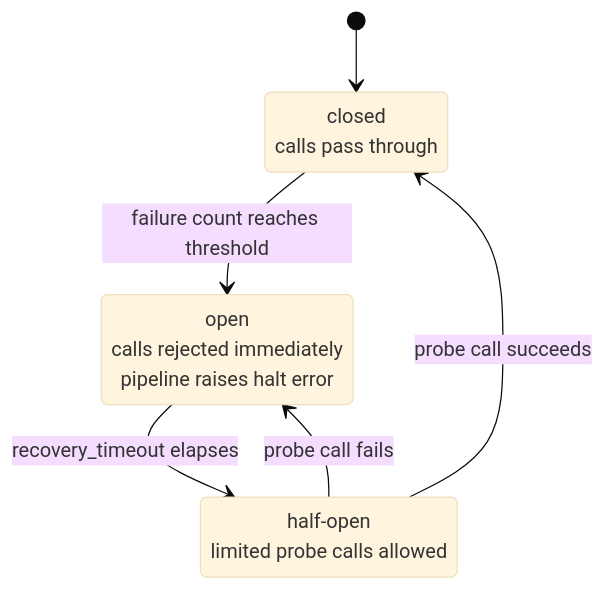
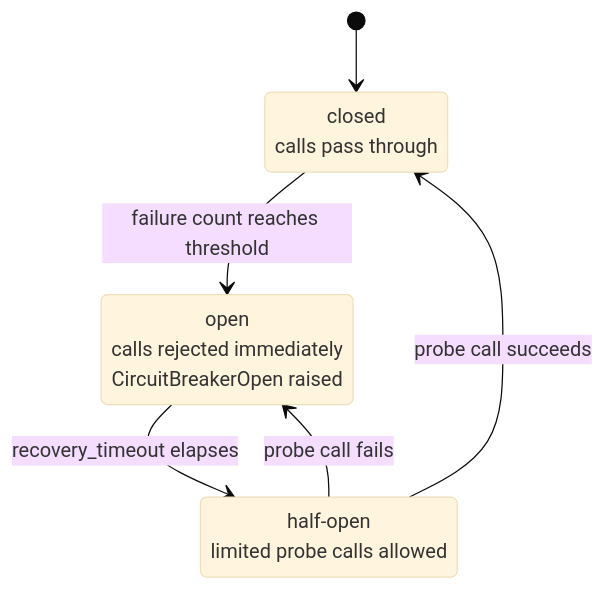
Before and after one commit to tinkermonkey/switchyard: the fifth of 5 diagrams in documentation/pipeline-architecture.md, drawn with Mermaid (base theme). The commit also changed other lines of this file and 45 other files, not shown here.

````diff
--- a/documentation/pipeline-architecture.md
+++ b/documentation/pipeline-architecture.md
@@ -407,12 +396,12 @@
 ```mermaid
 stateDiagram-v2
     [*] --> closed
     closed --> open: failure count reaches threshold
     open --> half_open: recovery_timeout elapses
     half_open --> closed: probe call succeeds
     half_open --> open: probe call fails
 
     closed: closed<br>calls pass through
-    open: open<br>calls rejected immediately<br>pipeline raises halt error
+    open: open<br>calls rejected immediately<br>CircuitBreakerOpen raised
     half_open: half-open<br>limited probe calls allowed
 ```
````
